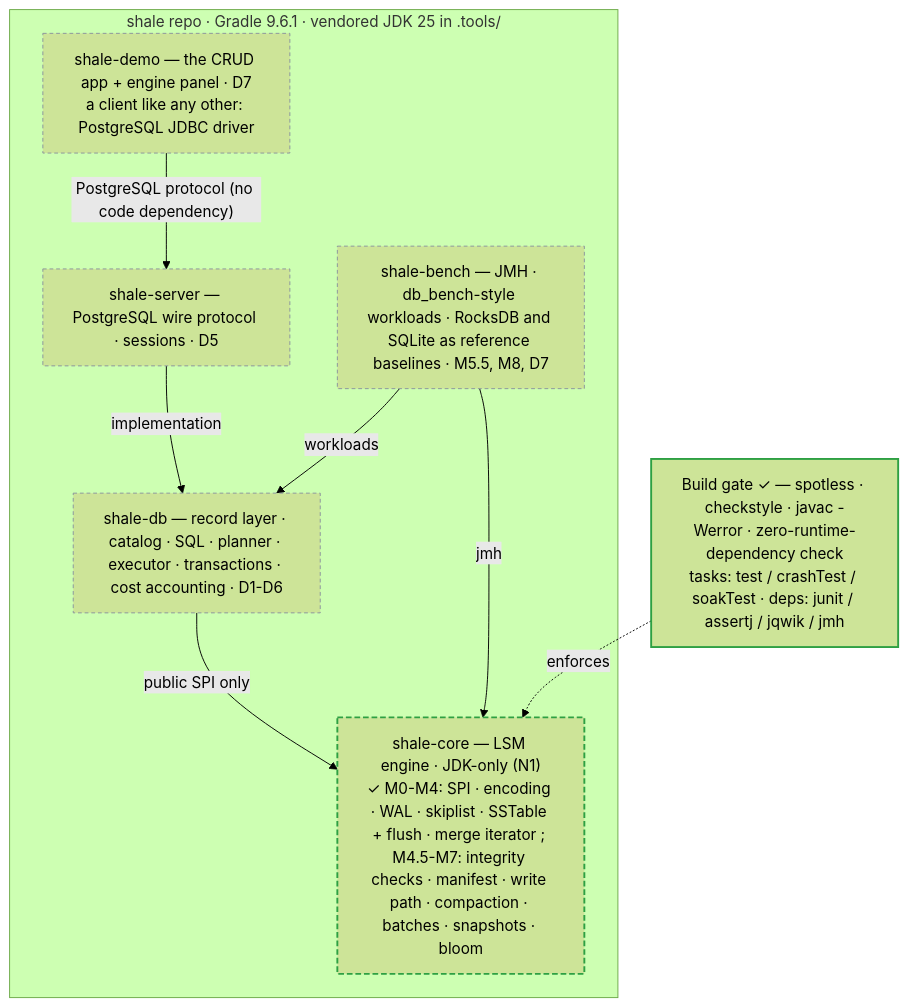
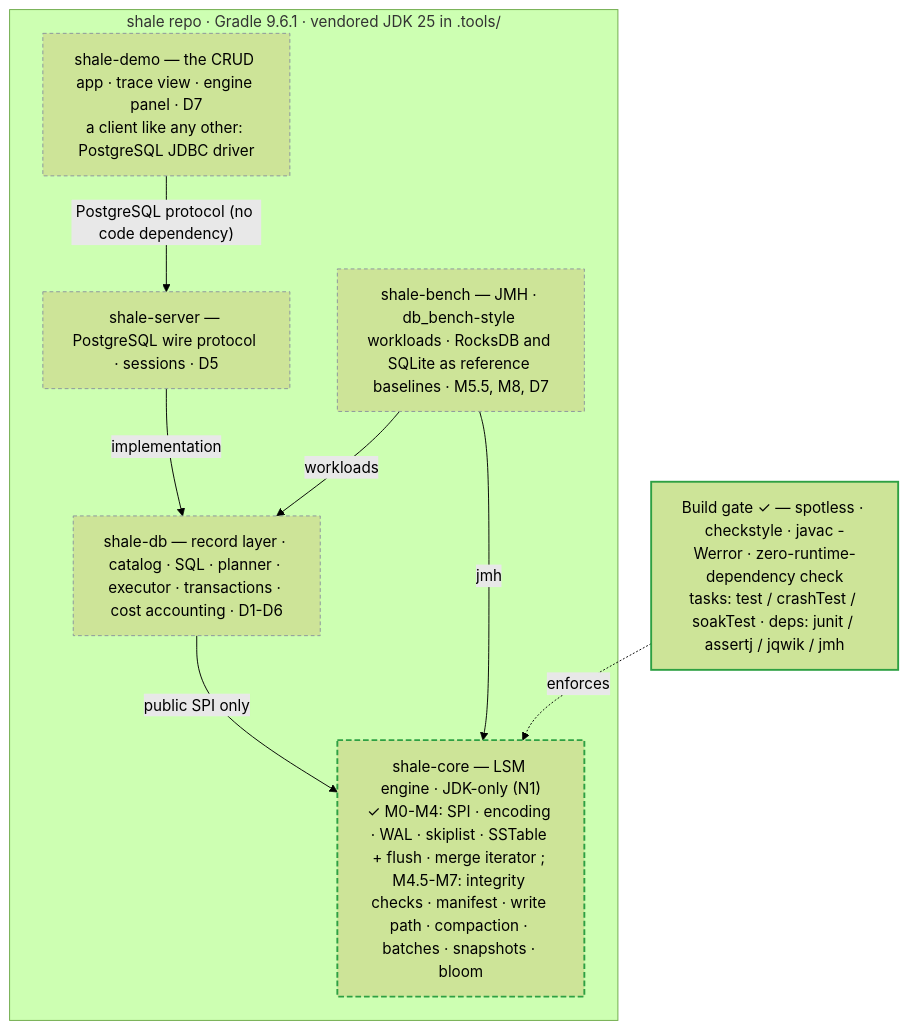
The first of 4 diagrams in documentation/architecture/project-scope.md (rahul-j0shi/shale), drawn with Mermaid (forest theme) before and after one commit. The commit also changed other lines of this file and 22 other files, not shown here.

````diff
--- a/documentation/architecture/project-scope.md
+++ b/documentation/architecture/project-scope.md
@@ -15,21 +15,21 @@
 ```mermaid
 flowchart TB
   subgraph repo["shale repo · Gradle 9.6.1 · vendored JDK 25 in .tools/"]
-    demo["shale-demo — the CRUD app + engine panel · D7<br/>a client like any other: PostgreSQL JDBC driver"]:::plan
+    demo["shale-demo — the CRUD app · trace view · engine panel · D7<br/>a client like any other: PostgreSQL JDBC driver"]:::plan
     server["shale-server — PostgreSQL wire protocol · sessions · D5"]:::plan
     sdb["shale-db — record layer · catalog · SQL · planner · executor · transactions · cost accounting · D1-D6"]:::plan
     core["shale-core — LSM engine · JDK-only (N1)<br/>✓ M0-M4: SPI · encoding · WAL · skiplist · SSTable + flush · merge iterator ; M4.5-M7: integrity checks · manifest · write path · compaction · batches · snapshots · bloom"]:::part
     bench["shale-bench — JMH · db_bench-style workloads · RocksDB and SQLite as reference baselines · M5.5, M8, D7"]:::plan
   end
   demo -->|"PostgreSQL protocol (no code dependency)"| server
   server -->|implementation| sdb
   sdb -->|public SPI only| core
   bench -->|jmh| core
   bench -->|workloads| sdb
   gate["Build gate ✓ — spotless · checkstyle · javac -Werror · zero-runtime-dependency check<br/>tasks: test / crashTest / soakTest · deps: junit / assertj / jqwik / jmh"]:::done
   gate -. enforces .-> core
 
   classDef done stroke:#2ea043,stroke-width:2px;
   classDef part stroke:#2ea043,stroke-width:2px,stroke-dasharray:6 3;
   classDef plan stroke:#8b949e,stroke-width:1px,stroke-dasharray:4 3;
 ```
````
